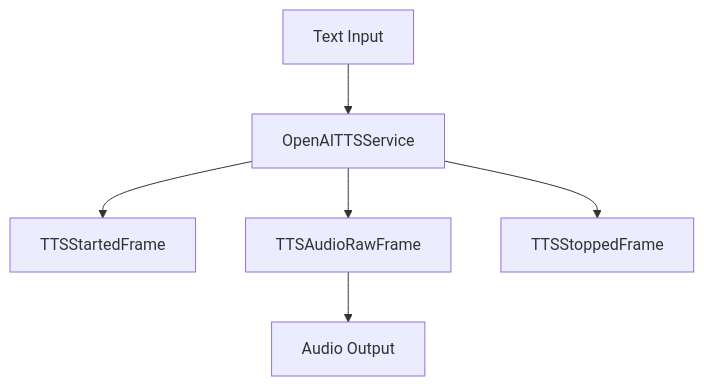
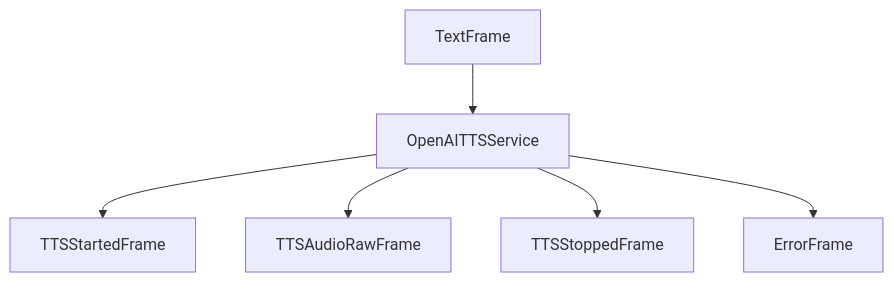
Before and after one commit to pipecat-ai/docs: the diagram in api-reference/services/tts/openai.mdx, drawn with Mermaid. The commit also changed 25 other files, not shown here.

Commit message:
Clean up Frame Flow diagrams

````diff
--- a/api-reference/services/tts/openai.mdx
+++ b/api-reference/services/tts/openai.mdx
@@ -107,8 +107,8 @@
 ```mermaid
 graph TD
-    A[Text Input] --> B[OpenAITTSService]
+    A[TextFrame] --> B[OpenAITTSService]
     B --> C[TTSStartedFrame]
     B --> D[TTSAudioRawFrame]
     B --> E[TTSStoppedFrame]
-    D --> F[Audio Output]
+    B --> F[ErrorFrame]
 ```
````
